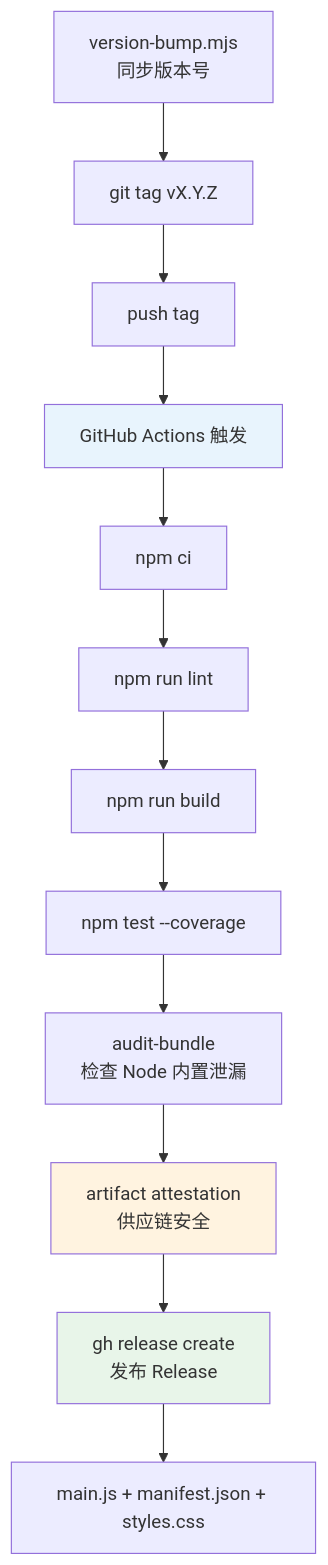
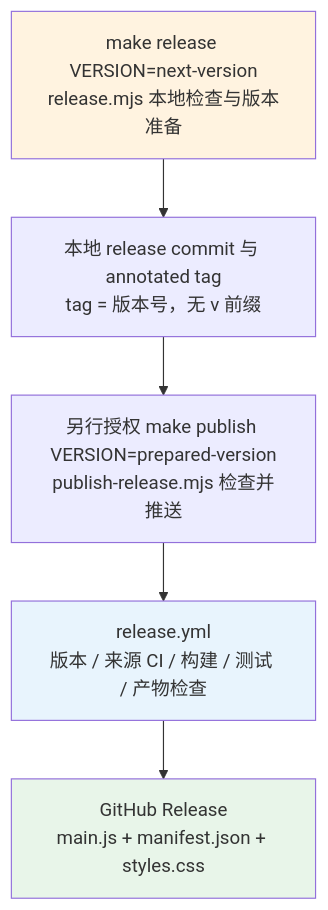
Diagram 14 of 14 in docs/architecture/architecture-overview.md (edonyzpc/personal-assistant), drawn with Mermaid before and after one commit. The commit also changed other lines of this file and 37 other files, not shown here.

````diff
--- a/docs/architecture/architecture-overview.md
+++ b/docs/architecture/architecture-overview.md
@@ -930,18 +952,12 @@
 ```mermaid
 graph TB
-    A[version-bump.mjs<br/>同步版本号] --> B[git tag vX.Y.Z]
-    B --> C[push tag]
-    C --> D[GitHub Actions 触发]
-    D --> E[npm ci]
-    E --> F[npm run lint]
-    F --> G[npm run build]
-    G --> H[npm test --coverage]
-    H --> I[audit-bundle<br/>检查 Node 内置泄漏]
-    I --> J[artifact attestation<br/>供应链安全]
-    J --> K[gh release create<br/>发布 Release]
-    K --> L[main.js + manifest.json + styles.css]
+    A[make release VERSION=next-version<br/>release.mjs 本地检查与版本准备]
+    A --> B[本地 release commit 与 annotated tag<br/>tag = 版本号，无 v 前缀]
+    B --> C[另行授权 make publish VERSION=prepared-version<br/>publish-release.mjs 检查并推送]
+    C --> D[release.yml<br/>版本 / 来源 CI / 构建 / 测试 / 产物检查]
+    D --> E[GitHub Release<br/>main.js + manifest.json + styles.css]
 
+    style A fill:#fff3e0
     style D fill:#e8f4fd
-    style J fill:#fff3e0
-    style K fill:#e8f5e9
+    style E fill:#e8f5e9
 ```
````
